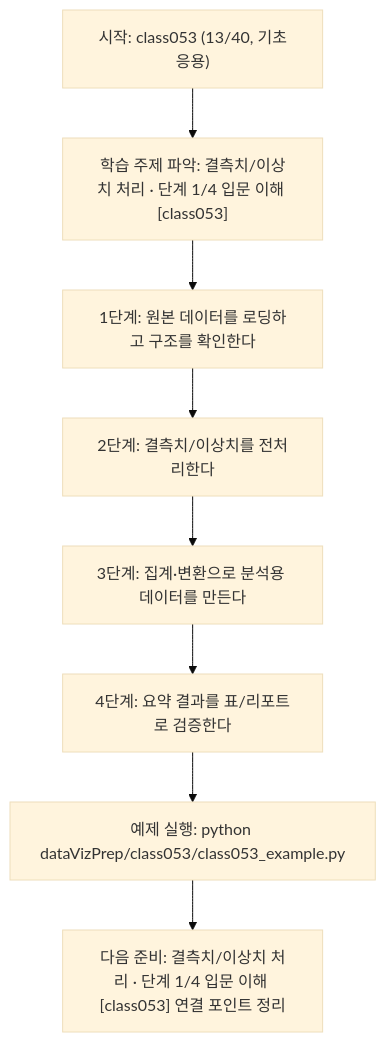
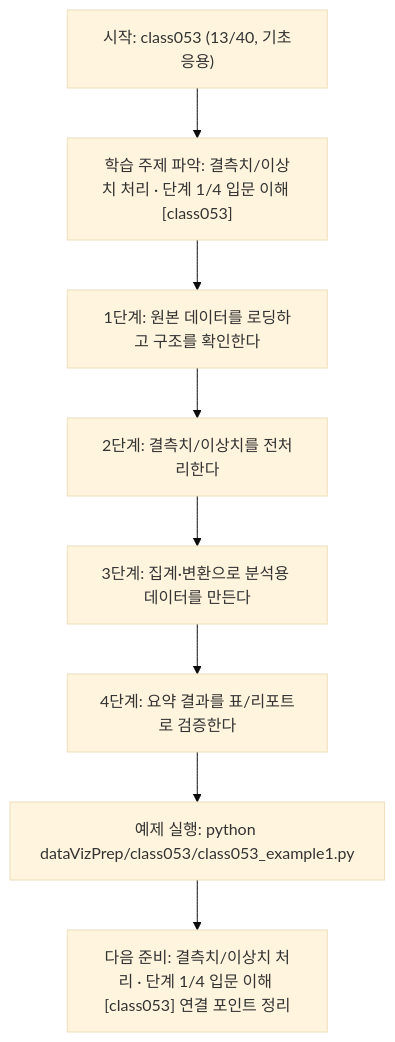
One commit to edumgt/Python-AI_Agent-Class changed the diagram in dataVizPrep/class053/class053.md. Above: the diagram before and after it, drawn with Mermaid (base theme). The commit also changed other lines of this file and 2959 other files, not shown here.

````diff
--- a/dataVizPrep/class053/class053.md
+++ b/dataVizPrep/class053/class053.md
@@ -111,18 +111,18 @@
 ```mermaid
 flowchart TD
 N1["시작: class053 (13/40, 기초응용)"]
 N2["학습 주제 파악: 결측치/이상치 처리 · 단계 1/4 입문 이해 [class053]"]
 N3["1단계: 원본 데이터를 로딩하고 구조를 확인한다"]
 N4["2단계: 결측치/이상치를 전처리한다"]
 N5["3단계: 집계·변환으로 분석용 데이터를 만든다"]
 N6["4단계: 요약 결과를 표/리포트로 검증한다"]
-N7["예제 실행: python dataVizPrep/class053/class053_example.py"]
+N7["예제 실행: python dataVizPrep/class053/class053_example1.py"]
 N8["다음 준비: 결측치/이상치 처리 · 단계 1/4 입문 이해 [class053] 연결 포인트 정리"]
 N1 --> N2
 N2 --> N3
 N3 --> N4
 N4 --> N5
 N5 --> N6
 N6 --> N7
 N7 --> N8
 ```
````
